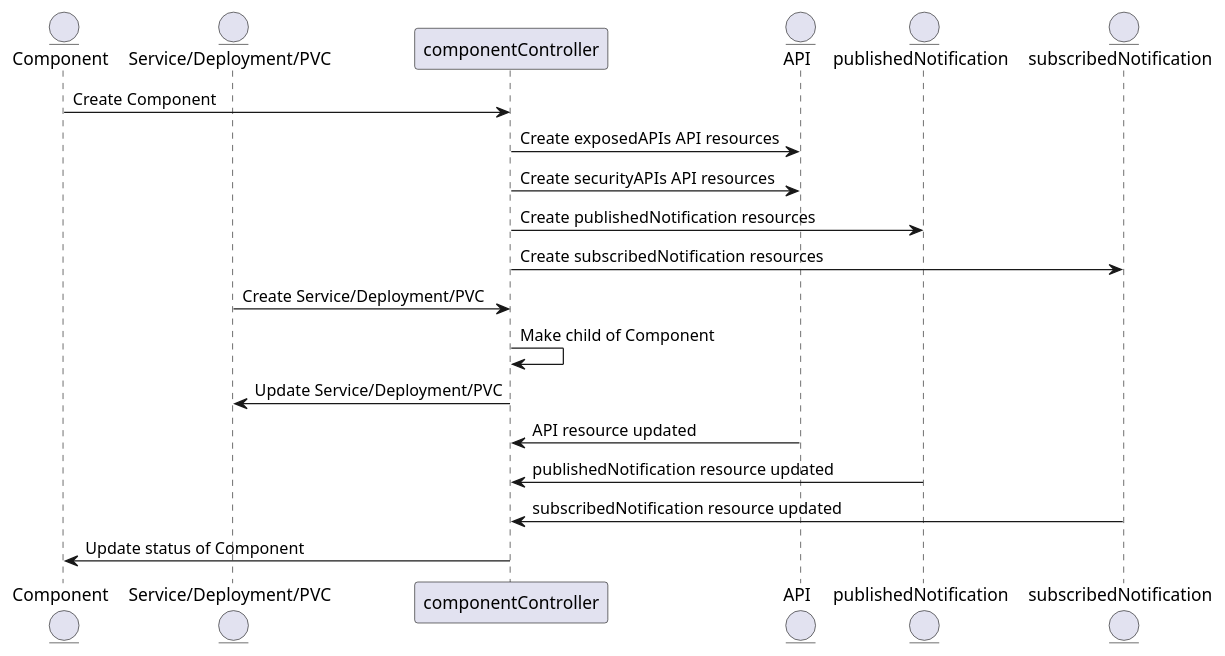
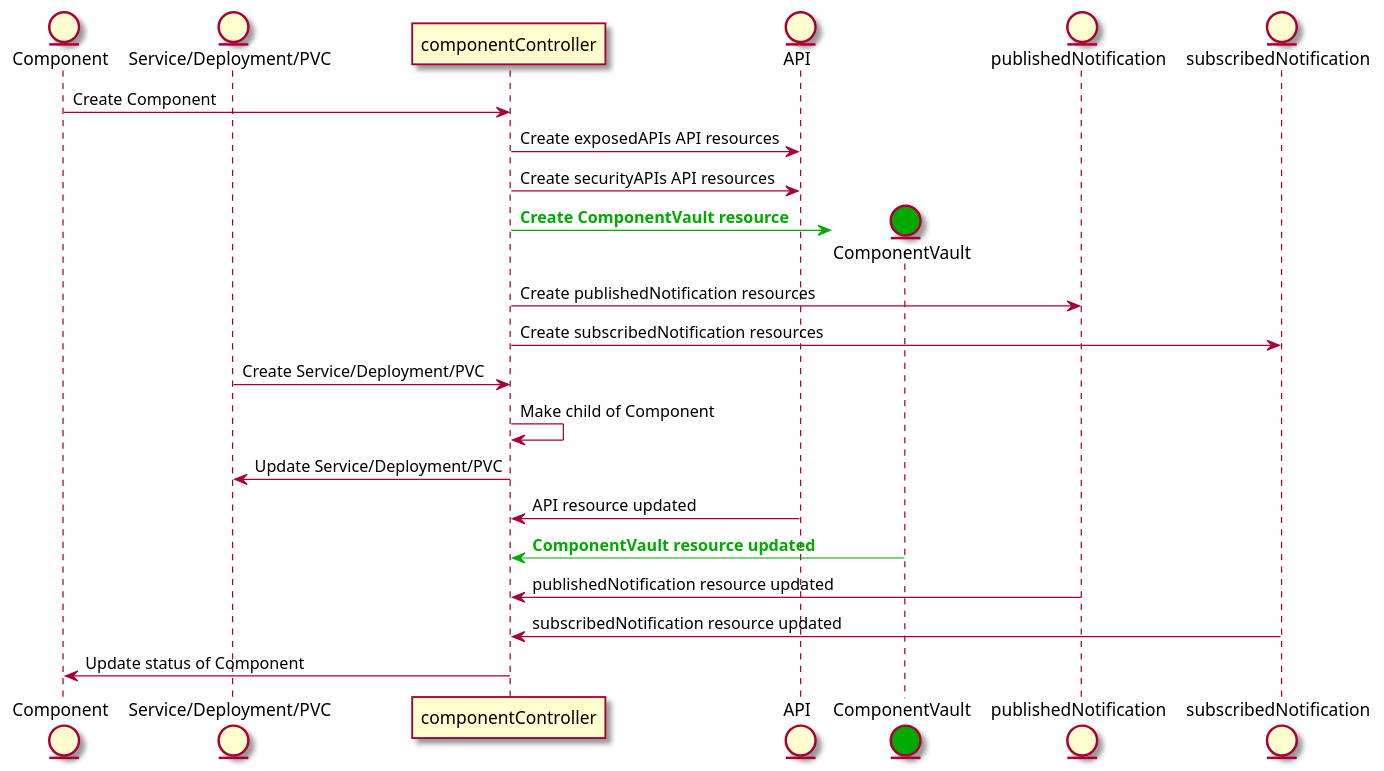
One commit to tmforum-oda/oda-canvas changed the diagram in source/operators/componentOperator/sequenceDiagrams/componentOperator.puml. Above: the diagram before and after it, drawn with PlantUML. The commit also changed 41 other files, not shown here.

Commit message:
copy sources from oda-canvas-component-vault repo.

```diff
--- a/source/operators/componentOperator/sequenceDiagrams/componentOperator.puml
+++ b/source/operators/componentOperator/sequenceDiagrams/componentOperator.puml
@@ -1,26 +1,30 @@
 @startuml
+skin rose 
 
 entity Component
 entity "Service/Deployment/PVC"
 participant componentController
 entity API
+entity ComponentVault #00AA00
 entity publishedNotification
 entity subscribedNotification
 
 Component-> componentController: Create Component
 componentController -> API: Create exposedAPIs API resources
 componentController -> API: Create securityAPIs API resources
+componentController -[#00AA00]> ComponentVault **: <b><color:#00AA00>Create ComponentVault resource</color></b> 
 componentController -> publishedNotification: Create publishedNotification resources
 componentController -> subscribedNotification: Create subscribedNotification resources
 
 
 "Service/Deployment/PVC"-> componentController: Create Service/Deployment/PVC
 componentController-> componentController: Make child of Component
 componentController-> "Service/Deployment/PVC": Update Service/Deployment/PVC
 
 API-> componentController: API resource updated 
+ComponentVault-[#00AA00]> componentController : <b><color:#00AA00>ComponentVault resource updated</color></b> 
 publishedNotification-> componentController: publishedNotification resource updated 
 subscribedNotification-> componentController: subscribedNotification resource updated 
 componentController -> Component: Update status of Component
 
 @enduml
```
